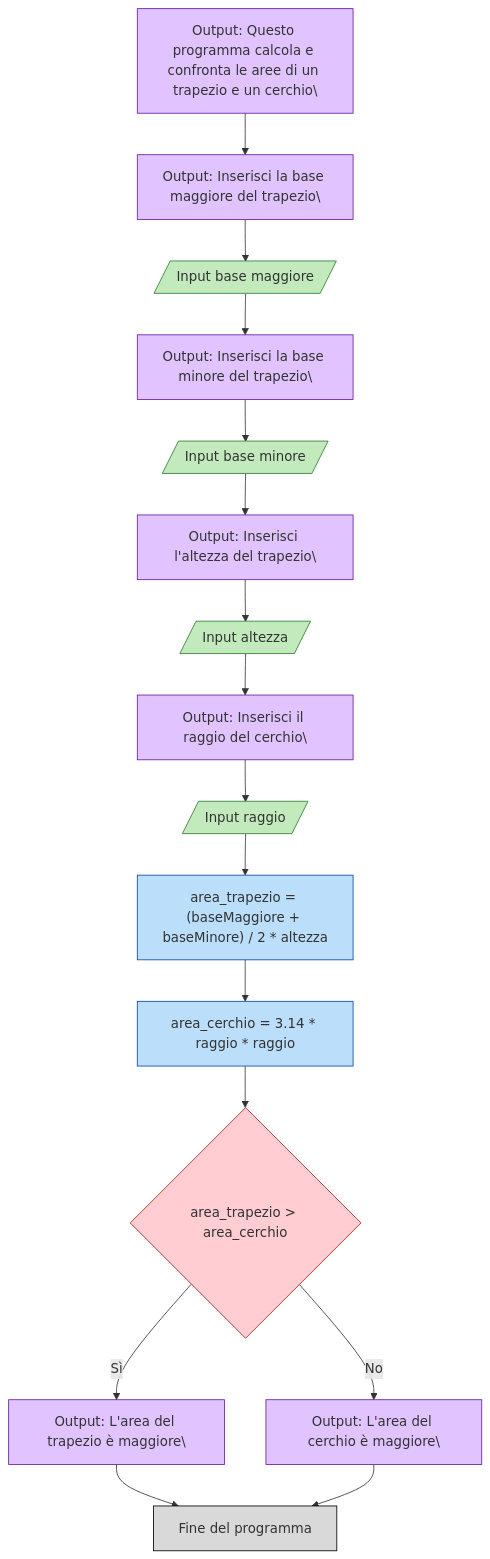
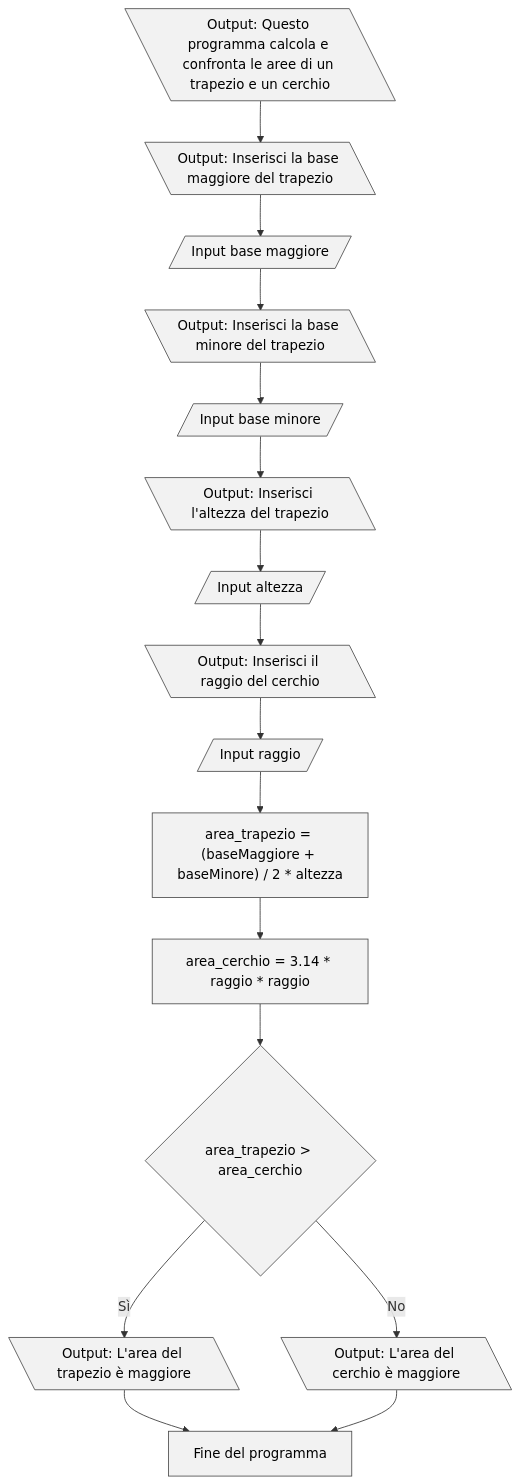
The seventh of 7 diagrams in docs/algocoding/01_flowgorithm.md (Federob/infohandouts), drawn with Mermaid before and after one commit.

Commit message:
color sheme [ci]

````diff
--- a/docs/algocoding/01_flowgorithm.md
+++ b/docs/algocoding/01_flowgorithm.md
@@ -172,25 +172,25 @@
 ```mermaid
 flowchart TD
 
-    classDef startend fill:#D9D9D9,stroke:#000
-    classDef input fill:#C2EABD,stroke:#2E7D32
-    classDef output fill:#E1C4FF,stroke:#6A1B9A
-    classDef assign fill:#BBDEFB,stroke:#0D47A1
-    classDef decision fill:#FFCDD2,stroke:#B71C1C
+    classDef startend fill:#F2F2F2,stroke:#4A4A4A,stroke-width:1,color:#000
+    classDef input fill:#F2F2F2,stroke:#4A4A4A,stroke-width:1,color:#000
+    classDef output fill:#F2F2F2,stroke:#4A4A4A,stroke-width:1,color:#000
+    classDef assign fill:#F2F2F2,stroke:#4A4A4A,stroke-width:1,color:#000
+    classDef decision fill:#F2F2F2,stroke:#4A4A4A,stroke-width:1,color:#000
 
-    A["Output: Questo programma calcola e confronta le aree di un trapezio e un cerchio"\]:::output --> 
-    B["Output: Inserisci la base maggiore del trapezio"\]:::output --> C[/Input base maggiore/]:::input
-    C --> D["Output: Inserisci la base minore del trapezio"\]:::output --> E[/Input base minore/]:::input
-    E --> F["Output: Inserisci l'altezza del trapezio"\]:::output --> G[/Input altezza/]:::input
-    G --> H["Output: Inserisci il raggio del cerchio"\]:::output --> I[/Input raggio/]:::input
+    A[\"Output: Questo programma calcola e confronta le aree di un trapezio e un cerchio"\]:::output --> 
+    B[\"Output: Inserisci la base maggiore del trapezio"\]:::output --> C[/Input base maggiore/]:::input
+    C --> D[\"Output: Inserisci la base minore del trapezio"\]:::output --> E[/Input base minore/]:::input
+    E --> F[\"Output: Inserisci l'altezza del trapezio"\]:::output --> G[/Input altezza/]:::input
+    G --> H[\"Output: Inserisci il raggio del cerchio"\]:::output --> I[/Input raggio/]:::input
 
     I --> J["area_trapezio = (baseMaggiore + baseMinore) / 2 * altezza"]:::assign
     J --> K["area_cerchio = 3.14 * raggio * raggio"]:::assign
 
     K --> L{"area_trapezio > area_cerchio"}:::decision
-    L -->|Sì| M["Output: L'area del trapezio è maggiore"\]:::output
-    L -->|No| N["Output: L'area del cerchio è maggiore"\]:::output
+    L -->|Sì| M[\"Output: L'area del trapezio è maggiore"\]:::output
+    L -->|No| N[\"Output: L'area del cerchio è maggiore"\]:::output
 
     M --> O["Fine del programma"]:::startend
     N --> O["Fine del programma"]:::startend
 ```
````
